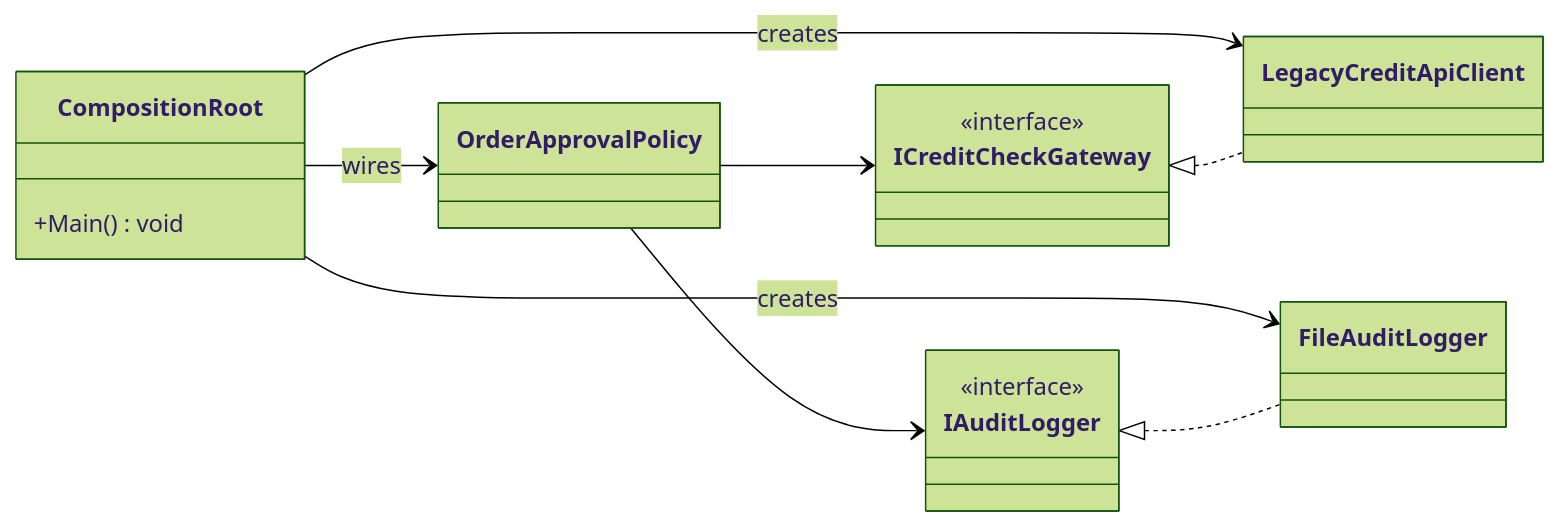
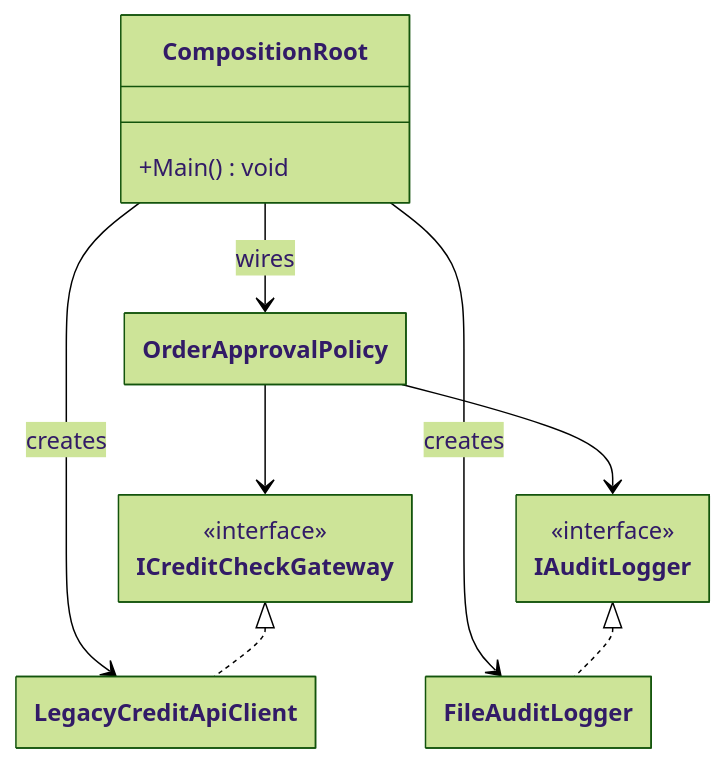
The seventh of 7 diagrams in presentations/09-dependency-inversion-principle.md (jeff-adkisson/swe-4743-spring-2026-oo-design), drawn with Mermaid (forest theme) before and after one commit. The commit also changed other lines of this file, not shown here.

First line of the commit message:
Enhances presentation with definitions and diagram styling

````diff
--- a/presentations/09-dependency-inversion-principle.md
+++ b/presentations/09-dependency-inversion-principle.md
@@ -353,25 +386,30 @@
 ```mermaid
+---
+  config:
+    class:
+      hideEmptyMembersBox: true
+---
 classDiagram
-direction LR
+direction TB
 
 class CompositionRoot {
   +Main() void
 }
 class OrderApprovalPolicy
 class ICreditCheckGateway {
   <<interface>>
 }
 class IAuditLogger {
   <<interface>>
 }
 class LegacyCreditApiClient
 class FileAuditLogger
 
 CompositionRoot --> LegacyCreditApiClient : creates
 CompositionRoot --> FileAuditLogger : creates
 CompositionRoot --> OrderApprovalPolicy : wires
 OrderApprovalPolicy --> ICreditCheckGateway
 OrderApprovalPolicy --> IAuditLogger
 ICreditCheckGateway <|.. LegacyCreditApiClient
 IAuditLogger <|.. FileAuditLogger
 ```
````
